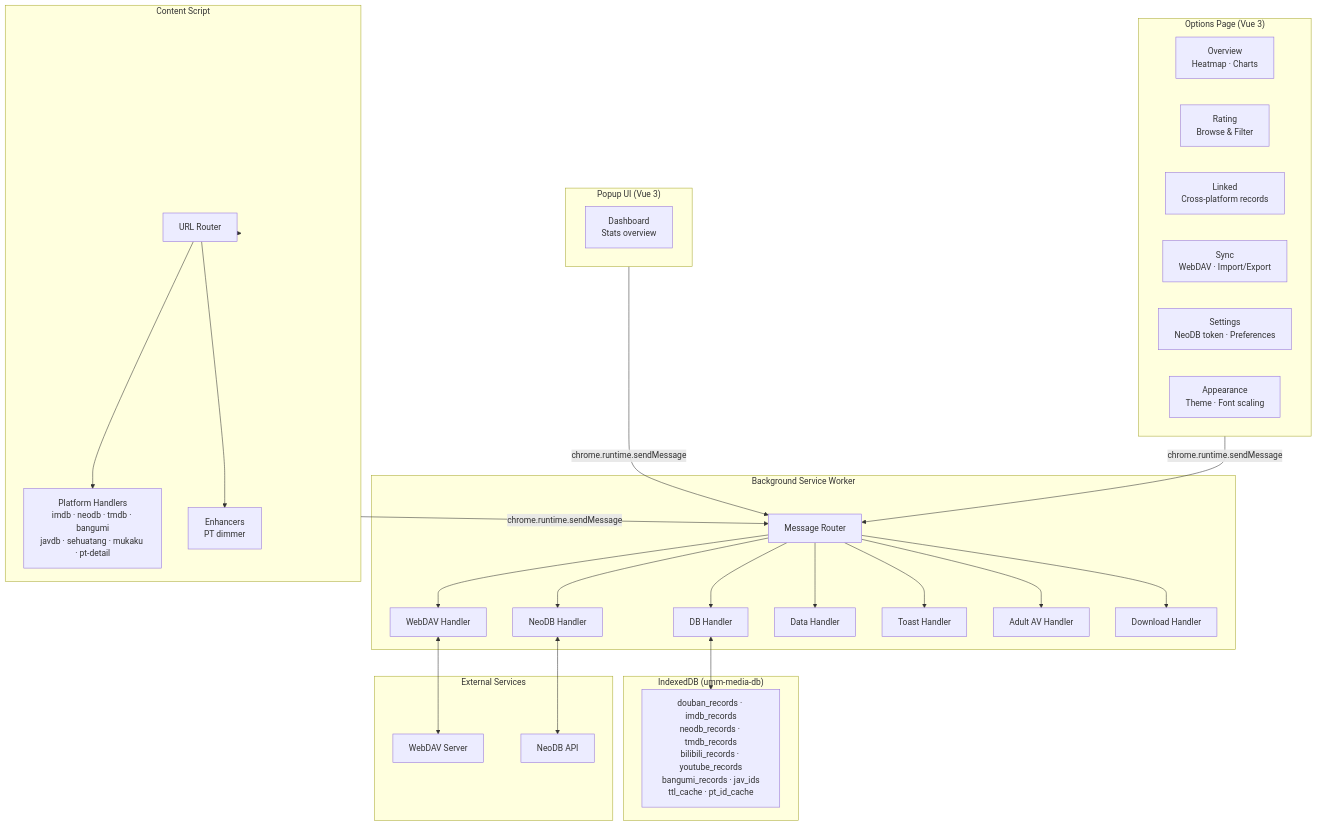
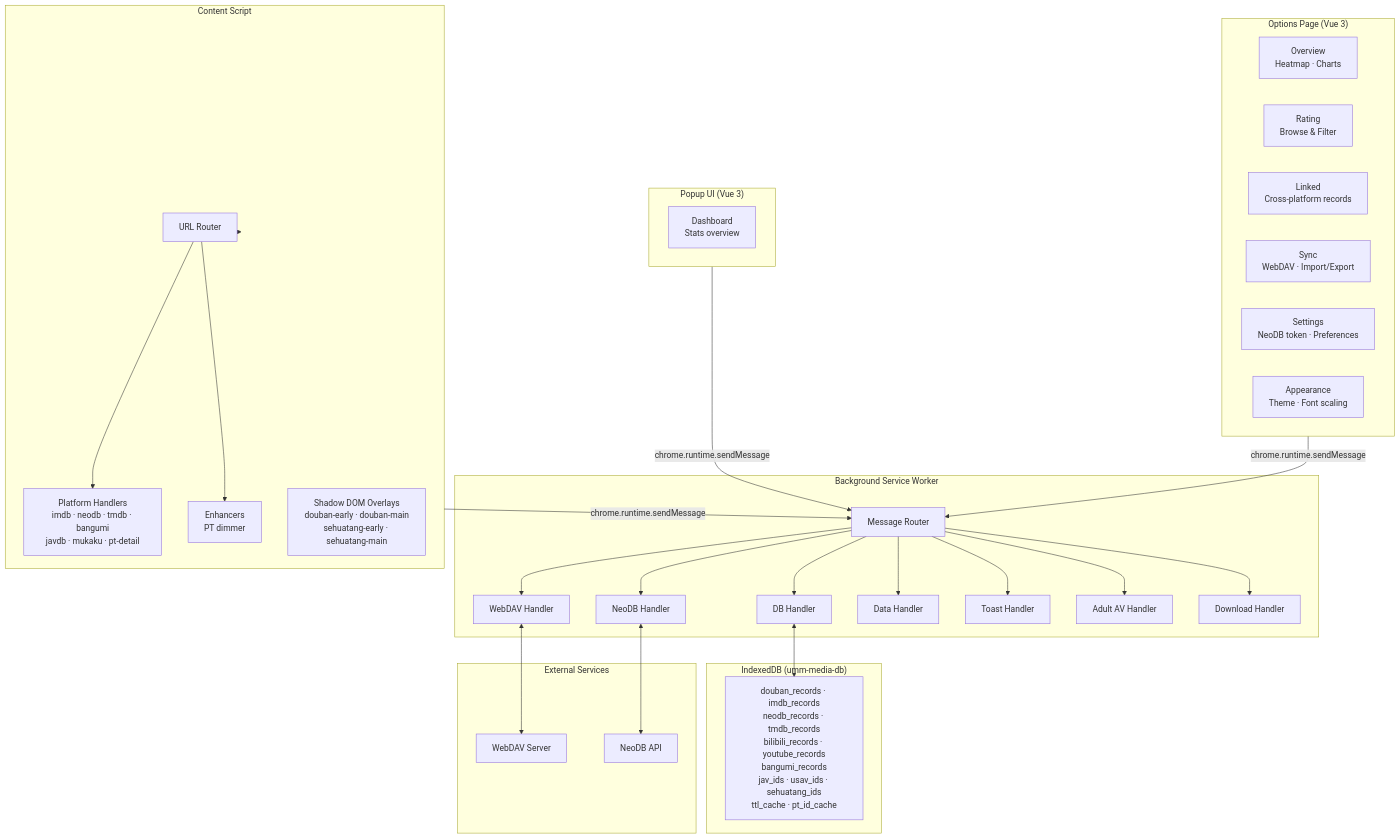
Before and after one commit to UnforgetMemory/um-multimedia-manager: the diagram in README.en.md, drawn with Mermaid. The commit also changed other lines of this file and 6 other files, not shown here.

````diff
--- a/README.en.md
+++ b/README.en.md
@@ -79,61 +79,62 @@
 ```mermaid
 flowchart TB
     subgraph Popup["Popup UI (Vue 3)"]
         POPUP_DASH["Dashboard<br/>Stats overview"]
     end
 
     subgraph Options["Options Page (Vue 3)"]
         OPT_OVERVIEW["Overview<br/>Heatmap · Charts"]
         OPT_RATING["Rating<br/>Browse & Filter"]
         OPT_LINKED["Linked<br/>Cross-platform records"]
         OPT_SYNC["Sync<br/>WebDAV · Import/Export"]
         OPT_SETTINGS["Settings<br/>NeoDB token · Preferences"]
         OPT_APPEARANCE["Appearance<br/>Theme · Font scaling"]
     end
 
     subgraph Background["Background Service Worker"]
         MSG_ROUTER["Message Router"]
         DB_HANDLER["DB Handler"]
         WEBDAV_HANDLER["WebDAV Handler"]
         NEODB_HANDLER["NeoDB Handler"]
         DATA_HANDLER["Data Handler"]
         TOAST_HANDLER["Toast Handler"]
         ADULT_AV_HANDLER["Adult AV Handler"]
         DOWNLOAD_HANDLER["Download Handler"]
     end
 
     subgraph Content["Content Script"]
         ROUTER["URL Router"]
-        HANDLERS["Platform Handlers<br/>imdb · neodb · tmdb · bangumi<br/>javdb · sehuatang · mukaku · pt-detail"]
+        HANDLERS["Platform Handlers<br/>imdb · neodb · tmdb · bangumi<br/>javdb · mukaku · pt-detail"]
         ENHANCERS["Enhancers<br/>PT dimmer"]
+        OVERLAYS["Shadow DOM Overlays<br/>douban-early · douban-main<br/>sehuatang-early · sehuatang-main"]
     end
 
     subgraph Storage["IndexedDB (umm-media-db)"]
-        DB["douban_records · imdb_records<br/>neodb_records · tmdb_records<br/>bilibili_records · youtube_records<br/>bangumi_records · jav_ids<br/>ttl_cache · pt_id_cache"]
+        DB["douban_records · imdb_records<br/>neodb_records · tmdb_records<br/>bilibili_records · youtube_records<br/>bangumi_records<br/>jav_ids · usav_ids · sehuatang_ids<br/>ttl_cache · pt_id_cache"]
     end
 
     subgraph External["External Services"]
         WEBDAV["WebDAV Server"]
         NEODB_API["NeoDB API"]
     end
 
     Popup -->|chrome.runtime.sendMessage| MSG_ROUTER
     Options -->|chrome.runtime.sendMessage| MSG_ROUTER
     Content -->|chrome.runtime.sendMessage| MSG_ROUTER
 
     MSG_ROUTER --> DB_HANDLER
     MSG_ROUTER --> WEBDAV_HANDLER
     MSG_ROUTER --> NEODB_HANDLER
     MSG_ROUTER --> DATA_HANDLER
     MSG_ROUTER --> TOAST_HANDLER
     MSG_ROUTER --> ADULT_AV_HANDLER
     MSG_ROUTER --> DOWNLOAD_HANDLER
 
     DB_HANDLER <--> DB
     WEBDAV_HANDLER <--> WEBDAV
     NEODB_HANDLER <--> NEODB_API
 
     Content --> ROUTER
     ROUTER --> HANDLERS
     ROUTER --> ENHANCERS
 ```
````
